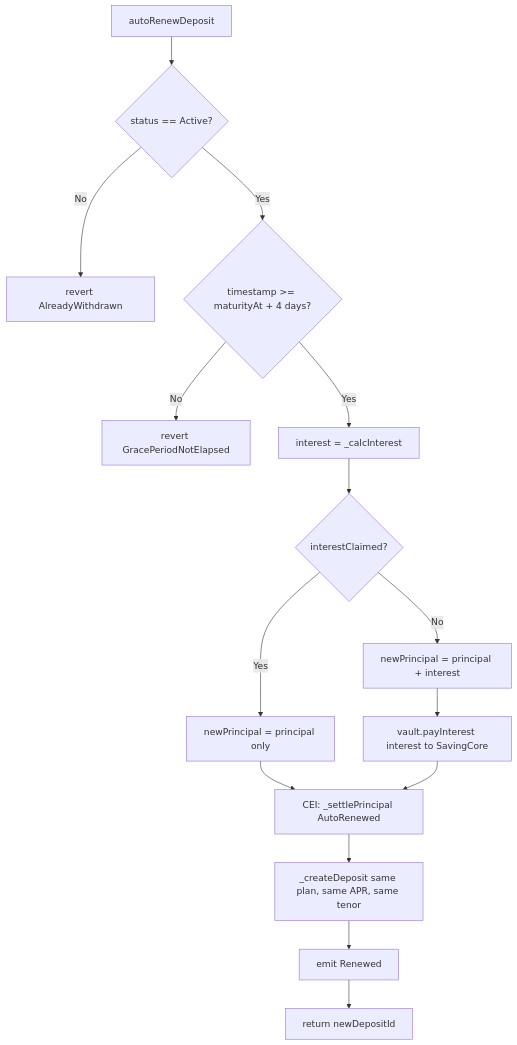
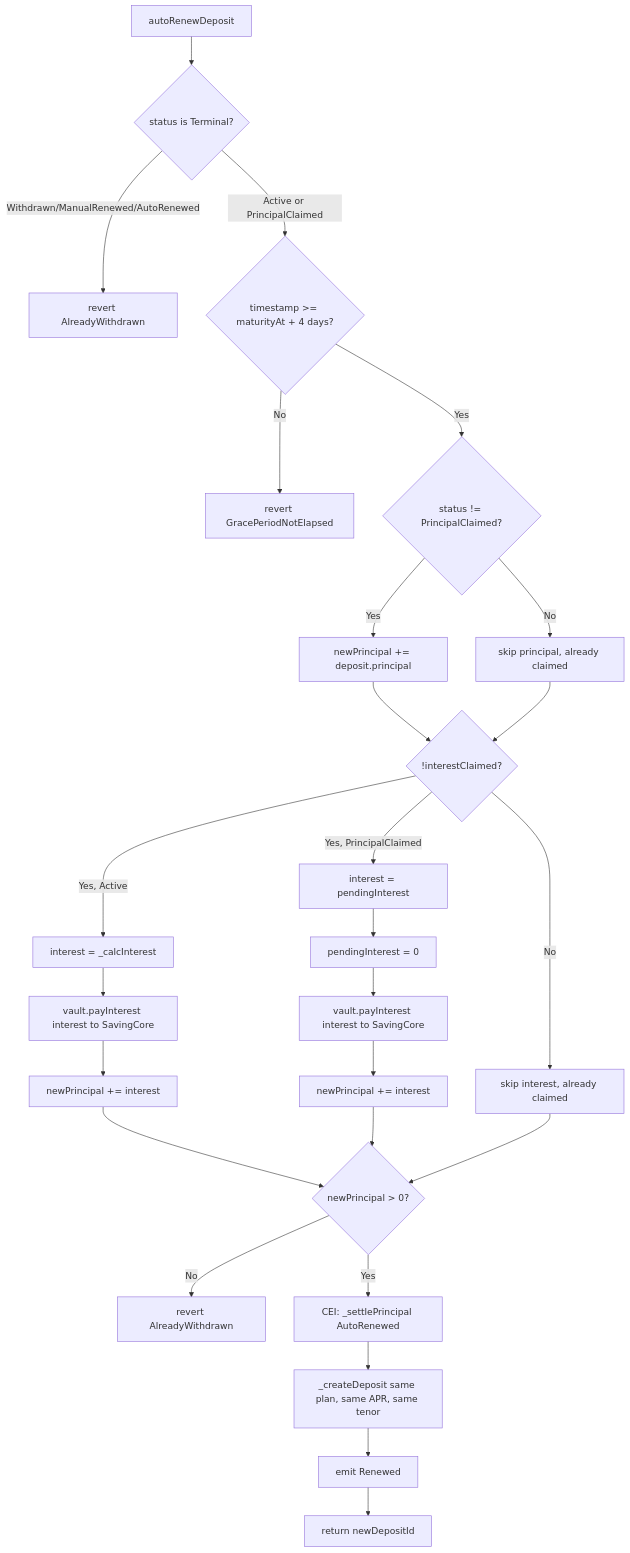
The seventh of 8 diagrams in docs/Reports/bugs/state-machine-status.md (yang-sin-pal/AC_BlockChain_Online_Saving), drawn with Mermaid before and after one commit. The commit also changed other lines of this file and 7 other files, not shown here.

First line of the commit message:
feat: enhance SavingCore tests for auto-renew and claim functionalities

````diff
--- a/docs/Reports/bugs/state-machine-status.md
+++ b/docs/Reports/bugs/state-machine-status.md
@@ -323,19 +303,31 @@
 ```mermaid
 flowchart TD
-    A[autoRenewDeposit] --> B{status == Active?}
-    B -- No --> R1[revert AlreadyWithdrawn]
-    B -- Yes --> C{timestamp >= maturityAt + 4 days?}
+    A[autoRenewDeposit] --> B{status is Terminal?}
+    B -- "Withdrawn/ManualRenewed/AutoRenewed" --> R1[revert AlreadyWithdrawn]
+    B -- "Active or PrincipalClaimed" --> C{timestamp >= maturityAt + 4 days?}
     C -- No --> R2[revert GracePeriodNotElapsed]
-    C -- Yes --> D[interest = _calcInterest]
+    C -- Yes --> D{status != PrincipalClaimed?}
 
-    D --> G{interestClaimed?}
-    G -- Yes --> H[newPrincipal = principal only]
-    G -- No --> I[newPrincipal = principal + interest]
-    I --> J[vault.payInterest interest to SavingCore]
+    D -- Yes --> E[newPrincipal += deposit.principal]
+    D -- No --> F[skip principal, already claimed]
 
-    H --> K[CEI: _settlePrincipal AutoRenewed]
-    J --> K
-    K --> L[_createDeposit same plan, same APR, same tenor]
-    L --> M[emit Renewed]
-    M --> N[return newDepositId]
+    E --> G{!interestClaimed?}
+    F --> G
+    G -- Yes, Active --> H[interest = _calcInterest]
+    H --> I[vault.payInterest interest to SavingCore]
+    I --> J[newPrincipal += interest]
+    G -- Yes, PrincipalClaimed --> K[interest = pendingInterest]
+    K --> L[pendingInterest = 0]
+    L --> M[vault.payInterest interest to SavingCore]
+    M --> N[newPrincipal += interest]
+    G -- No --> O[skip interest, already claimed]
+
+    J --> P{newPrincipal > 0?}
+    N --> P
+    O --> P
+    P -- No --> R3[revert AlreadyWithdrawn]
+    P -- Yes --> Q[CEI: _settlePrincipal AutoRenewed]
+    Q --> R[_createDeposit same plan, same APR, same tenor]
+    R --> S[emit Renewed]
+    S --> T[return newDepositId]
 ```
````
